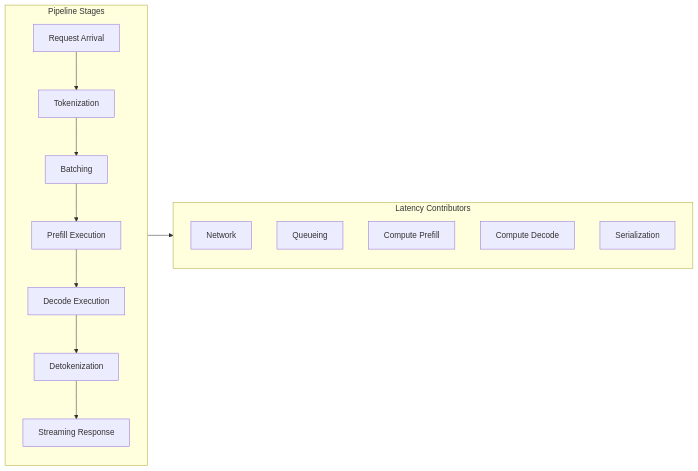
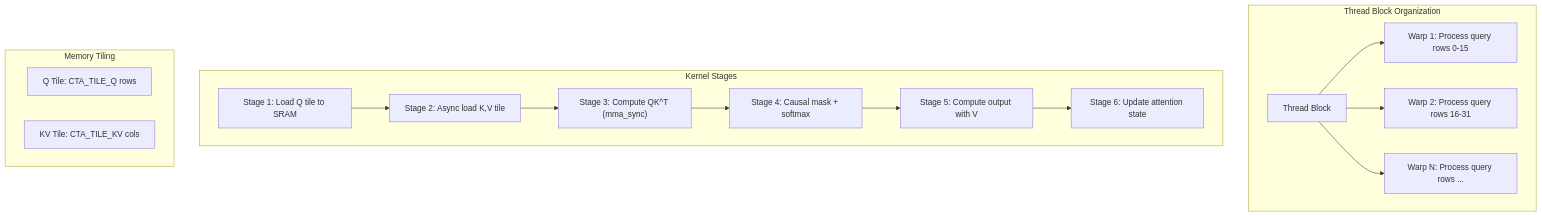
Before and after one commit to Shahriarin2garden/vllm_from_scratch: diagram 11 of 37 in lab0.2/README.md, drawn with Mermaid. The commit also changed other lines of this file and 1 other file, not shown here.

````diff
--- a/lab0.2/README.md
+++ b/lab0.2/README.md
@@ -222,25 +373,22 @@
 ```mermaid
-flowchart LR
-    subgraph P[Pipeline Stages]
-        R["Request Arrival"]
-        T["Tokenization"]
-        B["Batching"]
-        PF["Prefill Execution"]
-        DC["Decode Execution"]
-        DT["Detokenization"]
-        S["Streaming Response"]
+graph TD
+    subgraph "Thread Block Organization"
+        TB["Thread Block"]
+        TB --> Warp1["Warp 1: Process query rows 0-15"]
+        TB --> Warp2["Warp 2: Process query rows 16-31"]
+        TB --> WarpN["Warp N: Process query rows ..."]
     end
-
-    R --> T --> B --> PF --> DC --> DT --> S
-
-    subgraph L[Latency Contributors]
-        L1["Network"]
-        L2["Queueing"]
-        L3["Compute Prefill"]
-        L4["Compute Decode"]
-        L5["Serialization"]
+    subgraph "Kernel Stages"
+        S1["Stage 1: Load Q tile to SRAM"]
+        S2["Stage 2: Async load K,V tile"]
+        S3["Stage 3: Compute QK^T (mma_sync)"]
+        S4["Stage 4: Causal mask + softmax"]
+        S5["Stage 5: Compute output with V"]
+        S6["Stage 6: Update attention state"]
+        S1 --> S2 --> S3 --> S4 --> S5 --> S6
     end
-
-    P --> L
-
+    subgraph "Memory Tiling"
+        Qtile["Q Tile: CTA_TILE_Q rows"]
+        KVTILE["KV Tile: CTA_TILE_KV cols"]
+    end
 ```
````
